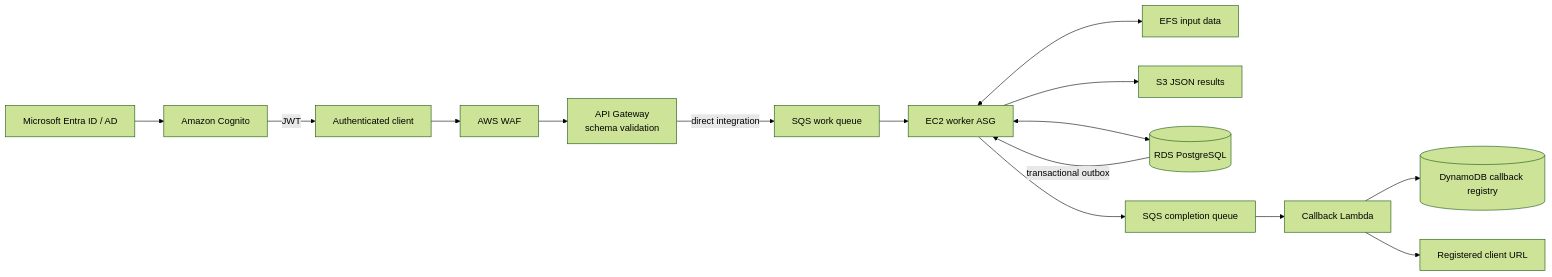
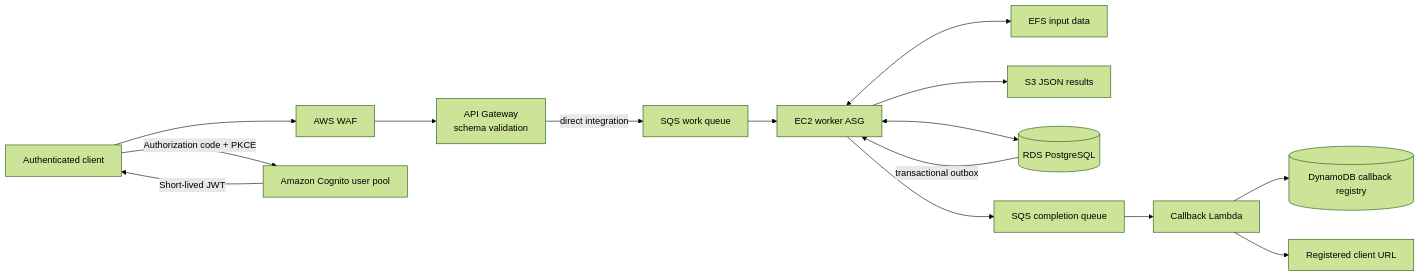
The diagram in README.md (malayjoshi/high-scale-comparison-engine), drawn with Mermaid (forest theme) before and after one commit. The commit also changed other lines of this file and 14 other files, not shown here.

Commit message:
Enhance authentication flow with native Cognito integration and PKCE support

````diff
--- a/README.md
+++ b/README.md
@@ -31,17 +31,17 @@
 ```mermaid
 flowchart LR
     User[Authenticated client] --> WAF[AWS WAF]
-    Entra[Microsoft Entra ID / AD] --> Cognito[Amazon Cognito]
-    Cognito -->|JWT| User
+    User -->|Authorization code + PKCE| Cognito[Amazon Cognito user pool]
+    Cognito -->|Short-lived JWT| User
     WAF --> API[API Gateway<br/>schema validation]
     API -->|direct integration| InputQueue[SQS work queue]
     InputQueue --> Workers[EC2 worker ASG]
     Workers <--> EFS[EFS input data]
     Workers --> S3[S3 JSON results]
     Workers <--> RDS[(RDS PostgreSQL)]
     RDS -->|transactional outbox| Workers
     Workers --> CompletionQueue[SQS completion queue]
     CompletionQueue --> Lambda[Callback Lambda]
     Lambda --> Registry[(DynamoDB callback registry)]
     Lambda --> Client[Registered client URL]
 ```
````
